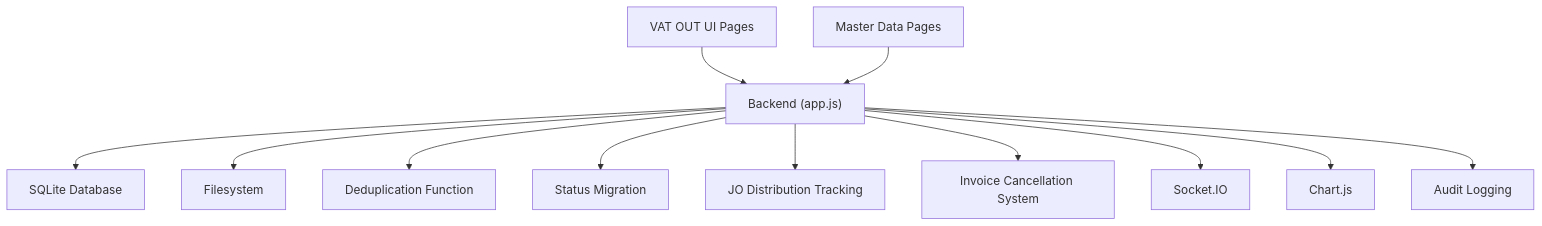
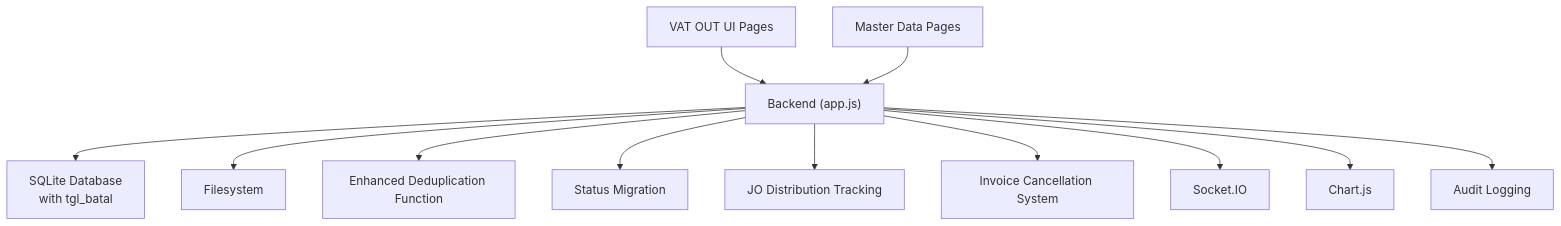
Before and after one commit to rendisiagian/TDS_by_RENDISIAGIAN: diagram 13 of 13 in .qoder/repowiki/en/content/VAT Management System/VAT Output (VAT OUT).md, drawn with Mermaid. The commit also changed other lines of this file and 6 other files, not shown here.

First line of the commit message:
perf(tax-prepaid): optimize database joins and deduplication in summary queries

````diff
--- a/.qoder/repowiki/en/content/VAT Management System/VAT Output (VAT OUT).md
+++ b/.qoder/repowiki/en/content/VAT Management System/VAT Output (VAT OUT).md
@@ -601,26 +642,26 @@
 ```mermaid
 graph TB
 UI["VAT OUT UI Pages"]
 BACK["Backend (app.js)"]
-DB["SQLite Database"]
+DB["SQLite Database<br/>with tgl_batal"]
 FS["Filesystem"]
 MASTER["Master Data Pages"]
-DEDUP["Deduplication Function"]
+DEDUP["Enhanced Deduplication Function"]
 MIGRATION["Status Migration"]
 JO_TRACK["JO Distribution Tracking"]
 CANCEL["Invoice Cancellation System"]
 SOCKET["Socket.IO"]
 CHARTS["Chart.js"]
 AUDIT["Audit Logging"]
 UI --> BACK
 BACK --> DB
 BACK --> FS
 BACK --> DEDUP
 BACK --> MIGRATION
 BACK --> JO_TRACK
 BACK --> CANCEL
 BACK --> SOCKET
 BACK --> CHARTS
 BACK --> AUDIT
 MASTER --> BACK
 ```
````
